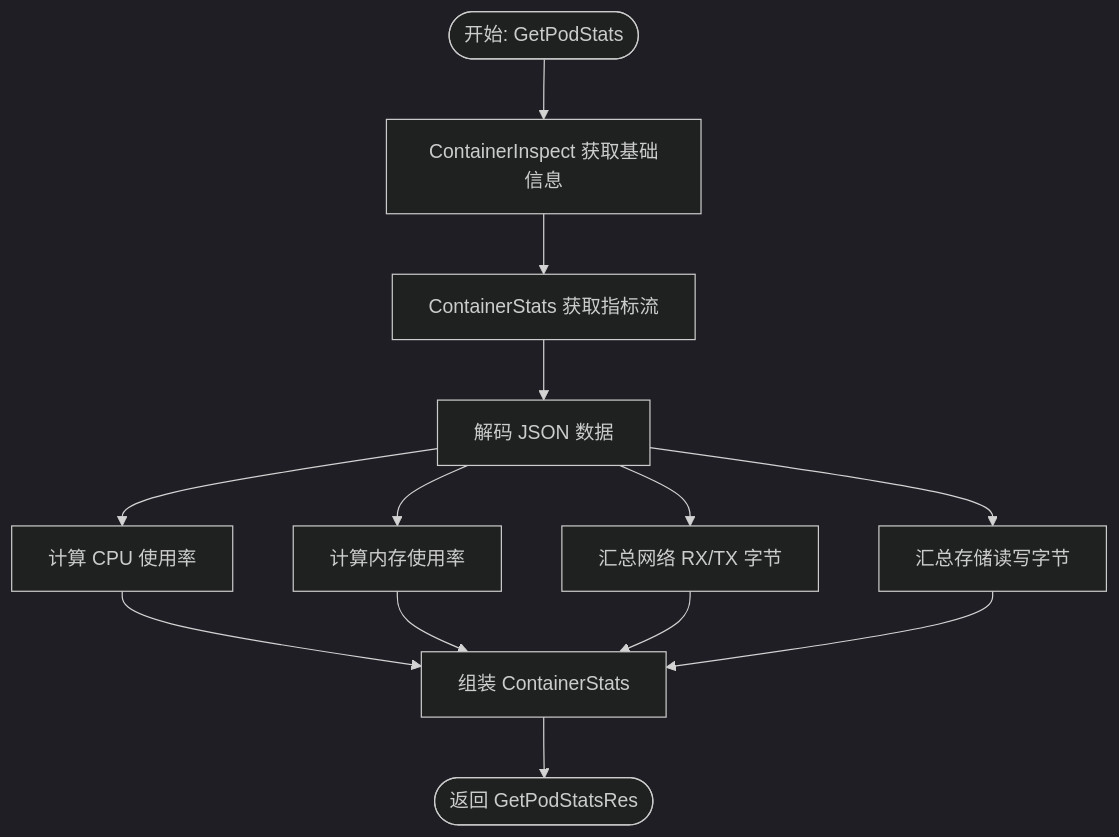
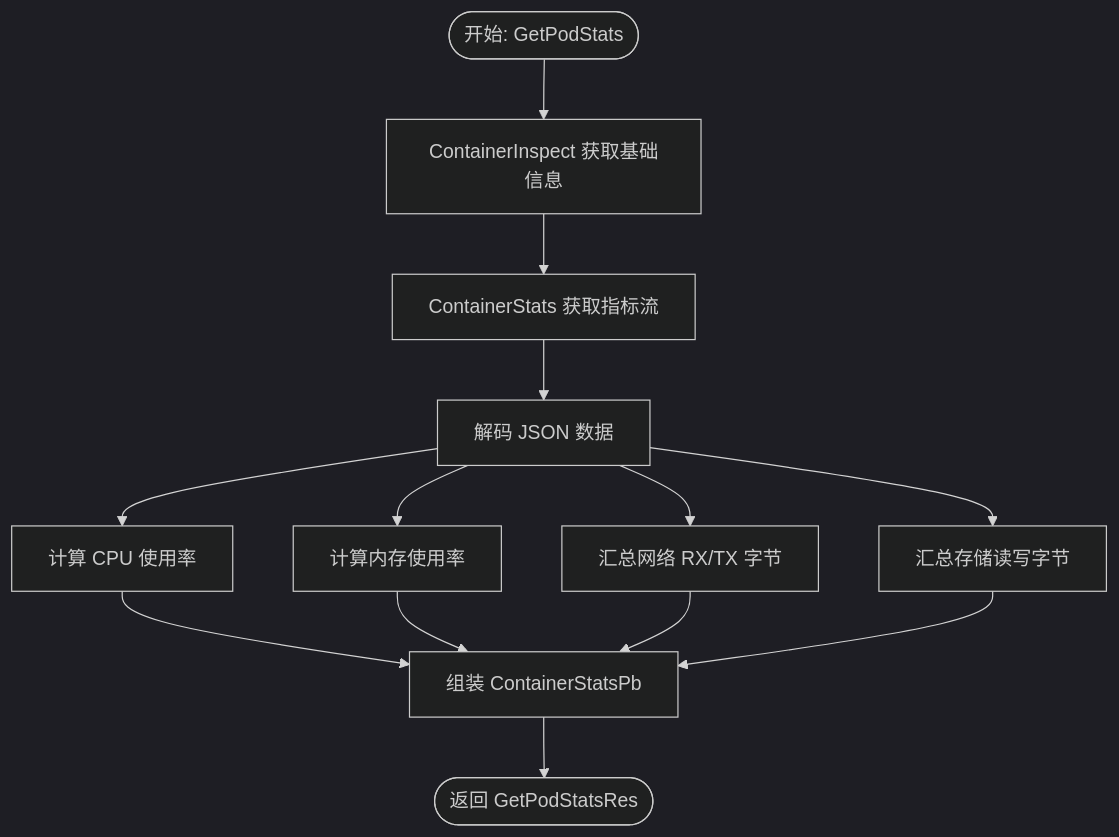
One commit to maomao94/zero-service changed the sixth of 7 diagrams in .qoder/repowiki/zh/content/系统架构设计/微服务拆分设计/业务域服务/容器引擎服务.md. Above: the diagram before and after it, drawn with Mermaid (dark theme). The commit also changed other lines of this file and 15 other files, not shown here.

````diff
--- a/.qoder/repowiki/zh/content/系统架构设计/微服务拆分设计/业务域服务/容器引擎服务.md
+++ b/.qoder/repowiki/zh/content/系统架构设计/微服务拆分设计/业务域服务/容器引擎服务.md
@@ -358,15 +410,15 @@
 ```mermaid
 flowchart TD
 S(["开始: GetPodStats"]) --> Inspect["ContainerInspect 获取基础信息"]
 Inspect --> Stats["ContainerStats 获取指标流"]
 Stats --> Decode["解码 JSON 数据"]
 Decode --> CalcCPU["计算 CPU 使用率"]
 Decode --> CalcMem["计算内存使用率"]
 Decode --> SumNet["汇总网络 RX/TX 字节"]
 Decode --> SumBlk["汇总存储读写字节"]
-CalcCPU --> Build["组装 ContainerStats"]
+CalcCPU --> Build["组装 ContainerStatsPb"]
 CalcMem --> Build
 SumNet --> Build
 SumBlk --> Build
 Build --> R(["返回 GetPodStatsRes"])
 ```
````
